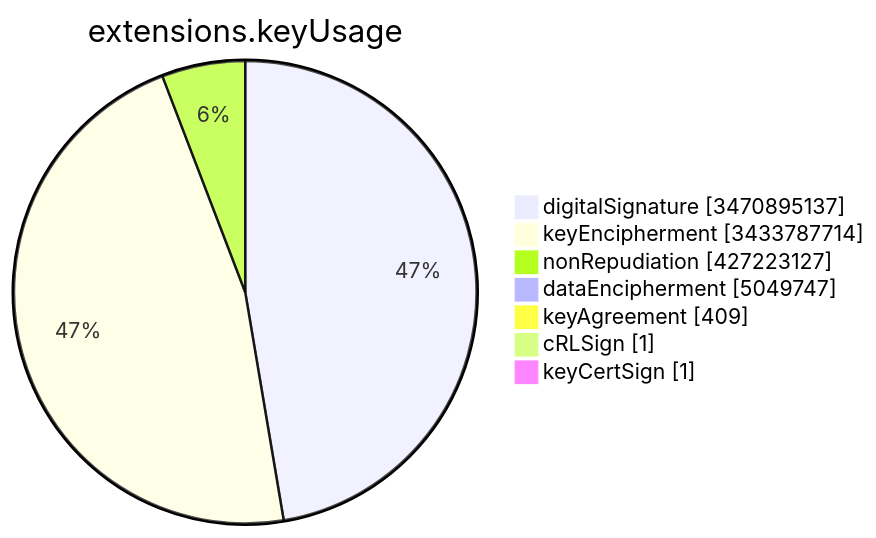
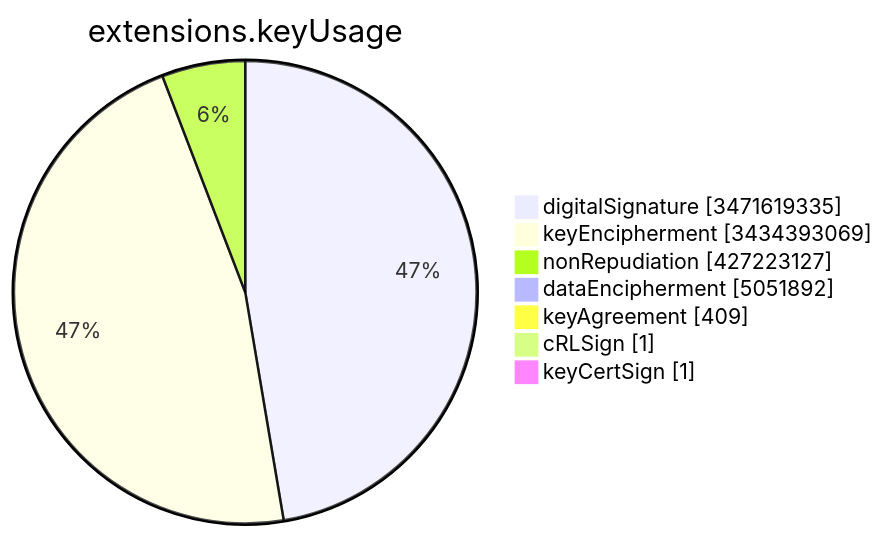
One commit to christiankrug/ctmonitor_visualization changed the sixth of 15 diagrams in TOTAL/README.md. Above: the diagram before and after it, drawn with Mermaid. The commit also changed other lines of this file, not shown here.

````diff
--- a/TOTAL/README.md
+++ b/TOTAL/README.md
@@ -3082,11 +3082,11 @@
 ```mermaid
 pie showData
 title extensions.keyUsage
-"digitalSignature" :3470895137
-"keyEncipherment" :3433787714
+"digitalSignature" :3471619335
+"keyEncipherment" :3434393069
 "nonRepudiation" :427223127
-"dataEncipherment" :5049747
+"dataEncipherment" :5051892
 "keyAgreement" :409
 "cRLSign" :1
 "keyCertSign" :1
 ```
````
